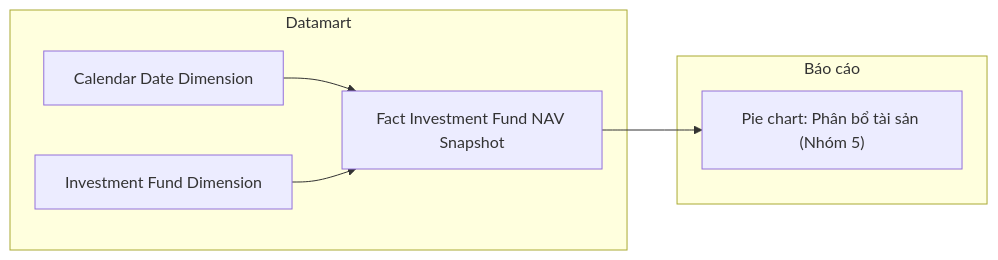
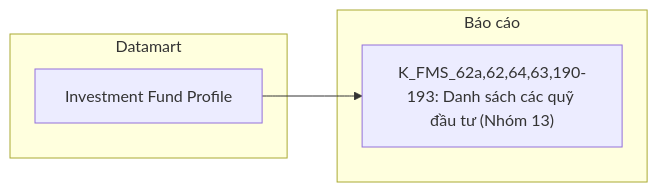
Before and after one commit to linhlvit/ubck_atomic_design: diagram 20 of 37 in Datamart/hld/DTM_FMS_HLD.md, drawn with Mermaid. The commit also changed other lines of this file and 5 other files, not shown here.

````diff
--- a/Datamart/hld/DTM_FMS_HLD.md
+++ b/Datamart/hld/DTM_FMS_HLD.md
@@ -915,14 +904,10 @@
 ```mermaid
 flowchart LR
     subgraph GOLD["Datamart"]
-        G1["Fact Investment Fund NAV Snapshot"]
-        G2["Investment Fund Dimension"]
-        G3["Calendar Date Dimension"]
+        G1["Investment Fund Profile"]
     end
     subgraph RPT["Báo cáo"]
-        R1["Pie chart: Phân bổ tài sản (Nhóm 5)"]
+        R1["K_FMS_62a,62,64,63,190-193: Danh sách các quỹ đầu tư (Nhóm 13)"]
     end
-    G3 --> G1
-    G2 --> G1
     G1 --> R1
 ```
````
